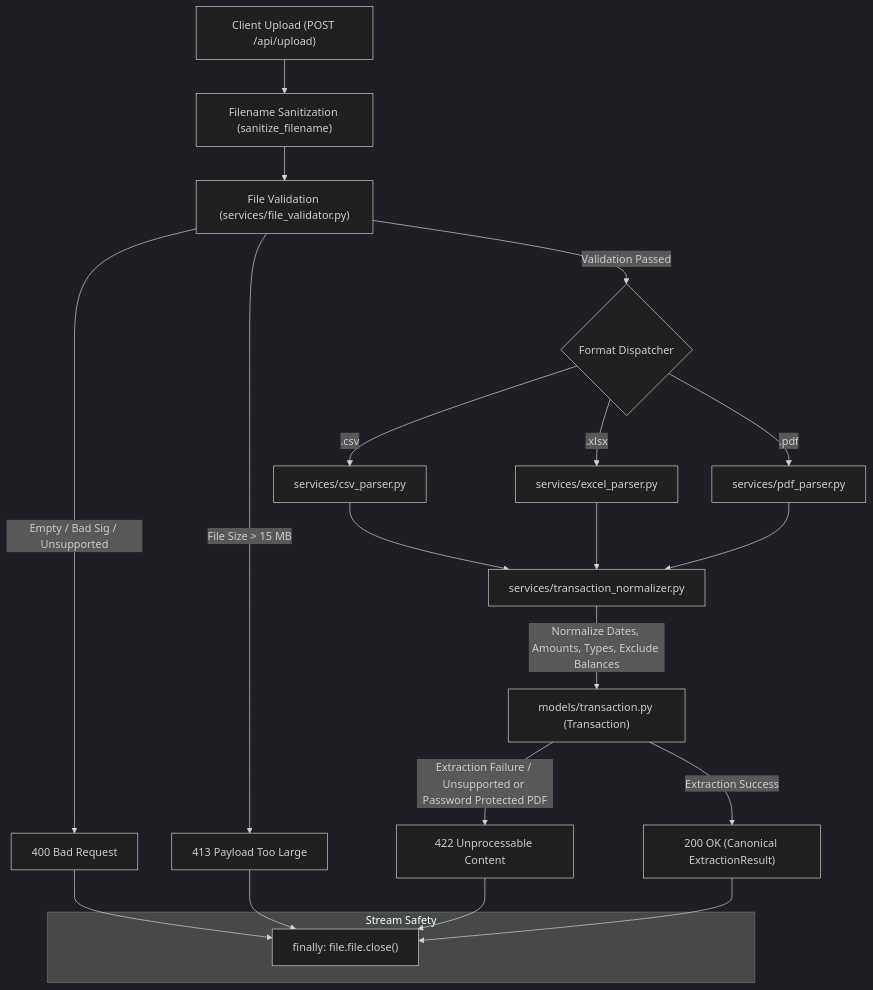
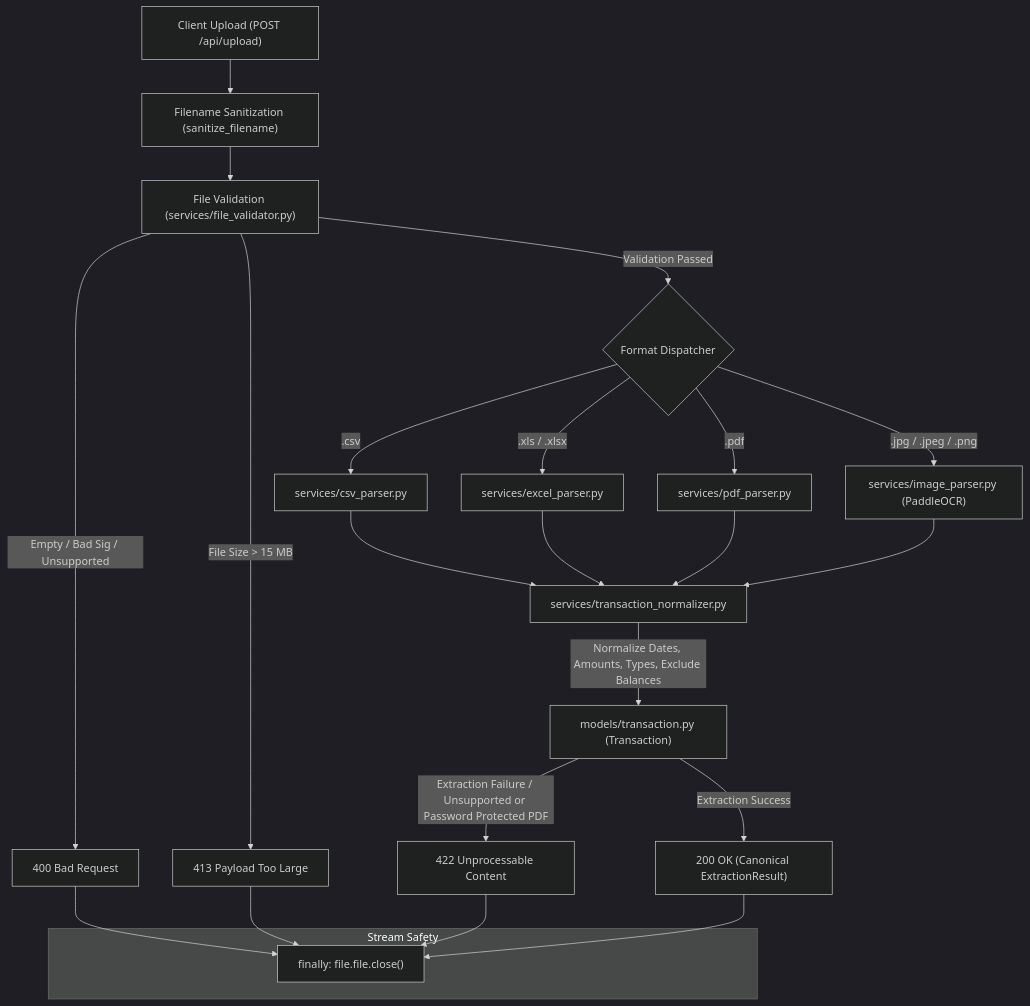
Before and after one commit to Damsiiii/BillFold---backend: the diagram in docs/statement_upload_module.md, drawn with Mermaid (dark theme). The commit also changed other lines of this file and 21 other files, not shown here.

````diff
--- a/docs/statement_upload_module.md
+++ b/docs/statement_upload_module.md
@@ -44,31 +47,33 @@
 ```mermaid
 flowchart TD
     A["Client Upload (POST /api/upload)"] --> B["Filename Sanitization (sanitize_filename)"]
     B --> C["File Validation (services/file_validator.py)"]
     
     C -- "Empty / Bad Sig / Unsupported" --> ERR400["400 Bad Request"]
     C -- "File Size > 15 MB" --> ERR413["413 Payload Too Large"]
     
     C -- "Validation Passed" --> D{"Format Dispatcher"}
     
     D -- ".csv" --> E["services/csv_parser.py"]
-    D -- ".xlsx" --> F["services/excel_parser.py"]
+    D -- ".xls / .xlsx" --> F["services/excel_parser.py"]
     D -- ".pdf" --> G["services/pdf_parser.py"]
+    D -- ".jpg / .jpeg / .png" --> J["services/image_parser.py (PaddleOCR)"]
     
     E --> H["services/transaction_normalizer.py"]
     F --> H
     G --> H
+    J --> H
     
     H -- "Normalize Dates, Amounts, Types, Exclude Balances" --> I["models/transaction.py (Transaction)"]
     
     I -- "Extraction Failure / Unsupported or Password Protected PDF" --> ERR422["422 Unprocessable Content"]
     I -- "Extraction Success" --> OK200["200 OK (Canonical ExtractionResult)"]
     
     subgraph Stream Safety
         S["finally: file.file.close()"]
     end
     ERR400 --> S
     ERR413 --> S
     ERR422 --> S
     OK200 --> S
 ```
````
